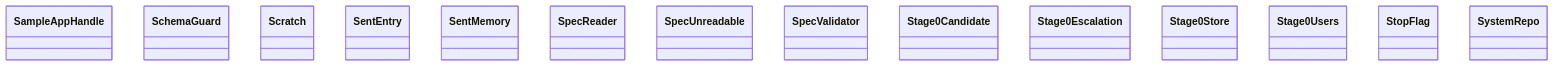
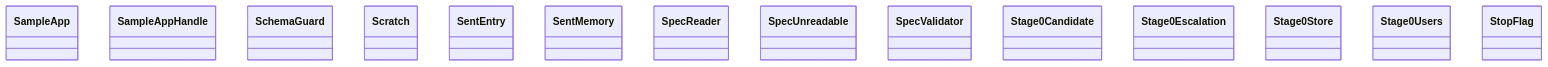
Before and after one commit to GonzaloZevallos/agentic-system: the diagram in docs/architecture/generated/classes-process-application-support-6.md, drawn with Mermaid. The commit also changed other lines of this file and 20 other files, not shown here.

````diff
--- a/docs/architecture/generated/classes-process-application-support-6.md
+++ b/docs/architecture/generated/classes-process-application-support-6.md
@@ -20,17 +20,17 @@
 ```mermaid
 classDiagram
+    class ports__SampleApp["SampleApp"]
     class ports__SampleAppHandle["SampleAppHandle"]
     class ports__SchemaGuard["SchemaGuard"]
     class ports__Scratch["Scratch"]
     class ports__SentEntry["SentEntry"]
     class ports__SentMemory["SentMemory"]
     class ports__SpecReader["SpecReader"]
     class ports__SpecUnreadable["SpecUnreadable"]
     class ports__SpecValidator["SpecValidator"]
     class ports__Stage0Candidate["Stage0Candidate"]
     class ports__Stage0Escalation["Stage0Escalation"]
     class ports__Stage0Store["Stage0Store"]
     class ports__Stage0Users["Stage0Users"]
     class ports__StopFlag["StopFlag"]
-    class ports__SystemRepo["SystemRepo"]
 ```
````
